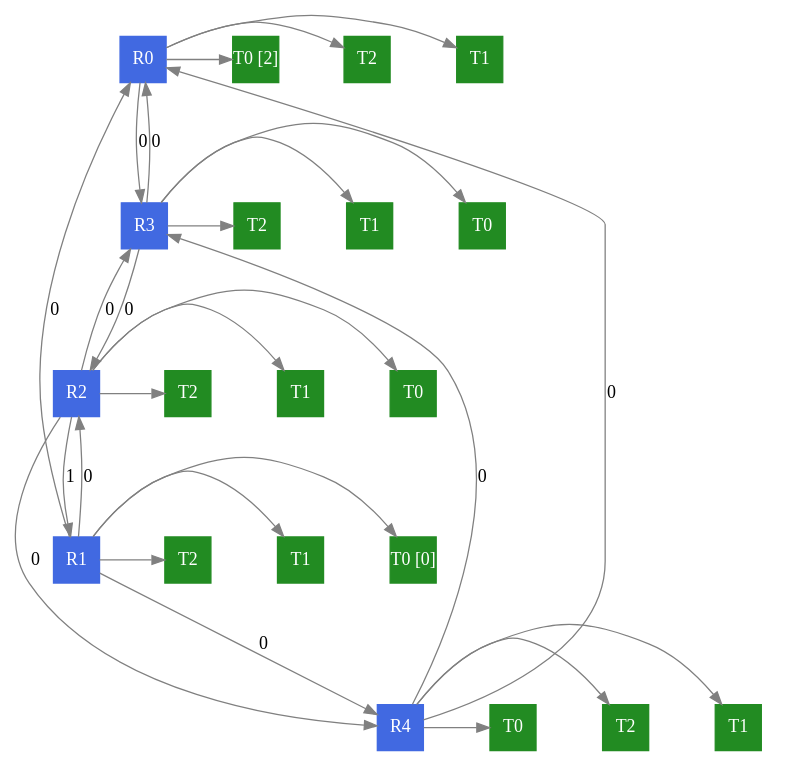
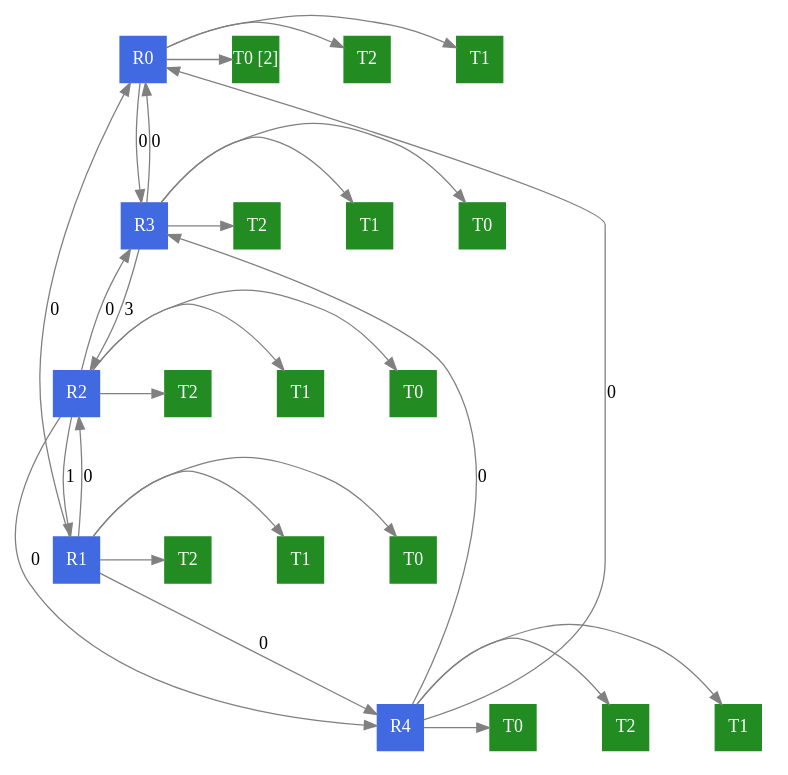
Before and after one commit to Fede108/Algoritmos-y-estructura-de-Datos: the diagram in Trabajo_Final/bin/grafo.dot, drawn with Graphviz. The commit also changed 12 other files, not shown here.

```diff
--- a/Trabajo_Final/bin/grafo.dot
+++ b/Trabajo_Final/bin/grafo.dot
@@ -1,57 +1,57 @@
 digraph G {
     edge [color=gray, penwidth=1];
     size="8,8";
     ratio="fill";
     subgraph routers {
         node [shape=box, style=filled, color=royalblue, fixedsize=true, width=0.5, height=0.5, fontcolor=white];
         0 [label="R0"];
         1 [label="R1"];
         2 [label="R2"];
         3 [label="R3"];
         4 [label="R4"];
     }
     subgraph terminales {
         node [shape=box, style=filled, color=forestgreen, fixedsize=true, width=0.5, height=0.5, fontcolor=white];
         00 [label="T0 [2]"];
         01 [label="T1"];
         02 [label="T2"];
-        10 [label="T0 [0]"];
+        10 [label="T0"];
         11 [label="T1"];
         12 [label="T2"];
         20 [label="T0"];
         21 [label="T1"];
         22 [label="T2"];
         30 [label="T0"];
         31 [label="T1"];
         32 [label="T2"];
         40 [label="T0"];
         41 [label="T1"];
         42 [label="T2"];
     }
     0 -> 3 [label="0"];
     1 -> 0 [label="0"];
     1 -> 2 [label="0"];
     1 -> 4 [label="0"];
     2 -> 1 [label="1"];
     2 -> 3 [label="0"];
     2 -> 4 [label="0"];
     3 -> 0 [label="0"];
-    3 -> 2 [label="0"];
+    3 -> 2 [label="3"];
     4 -> 0 [label="0"];
     4 -> 3 [label="0"];
     0 -> 00 [minlen=0.2];
     0 -> 01 [minlen=0.2];
     0 -> 02 [minlen=0.2];
     1 -> 10 [minlen=0.2];
     1 -> 11 [minlen=0.2];
     1 -> 12 [minlen=0.2];
     2 -> 20 [minlen=0.2];
     2 -> 21 [minlen=0.2];
     2 -> 22 [minlen=0.2];
     3 -> 30 [minlen=0.2];
     3 -> 31 [minlen=0.2];
     3 -> 32 [minlen=0.2];
     4 -> 40 [minlen=0.2];
     4 -> 41 [minlen=0.2];
     4 -> 42 [minlen=0.2];
 }
```
